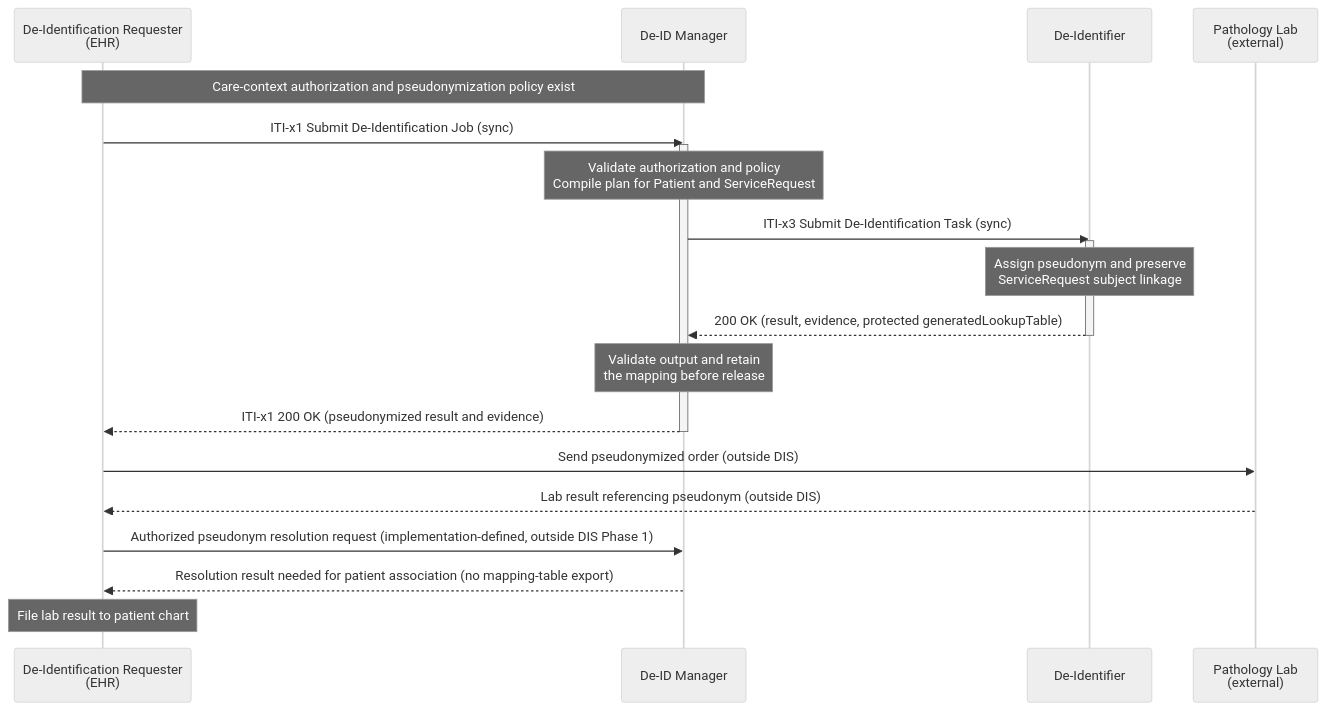
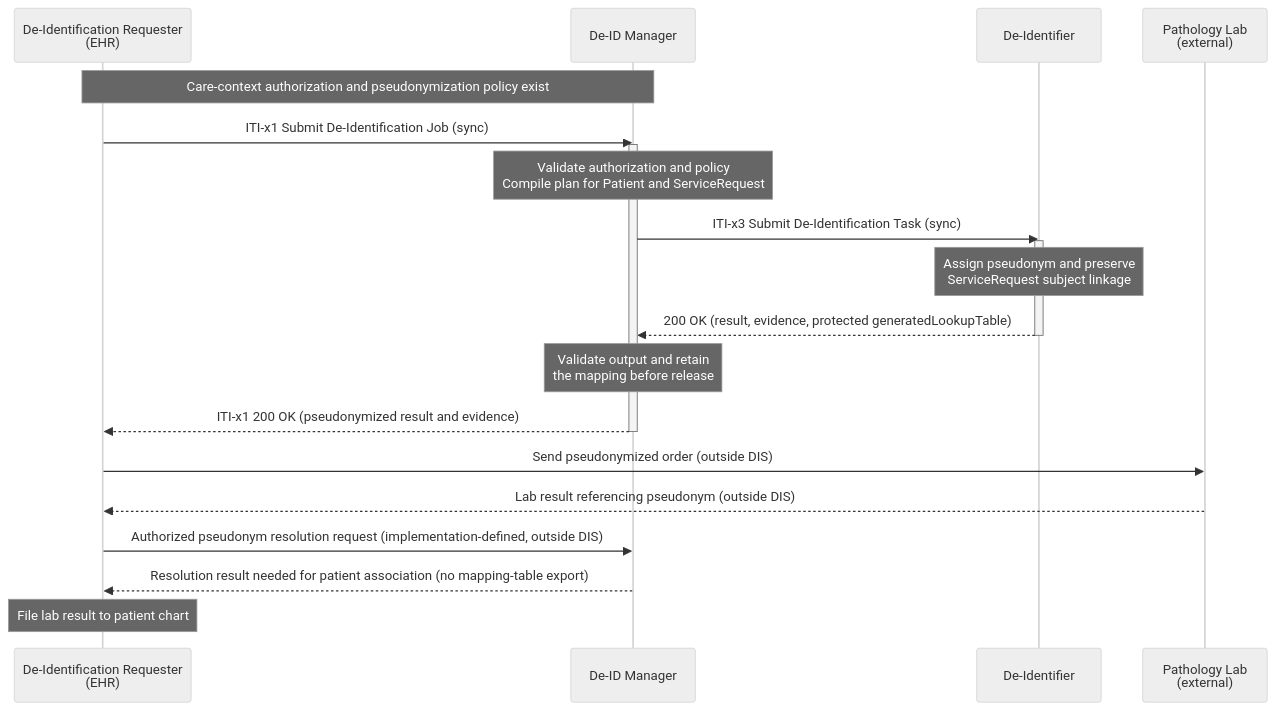
One commit to IHE/ITI.DIS changed the diagram in input/images-source/dis-uc3-clinical-pathology.mmd. Above: the diagram before and after it, drawn with Mermaid (neutral theme). The commit also changed 17 other files, not shown here.

```diff
--- a/input/images-source/dis-uc3-clinical-pathology.mmd
+++ b/input/images-source/dis-uc3-clinical-pathology.mmd
@@ -1,27 +1,27 @@
 sequenceDiagram
     participant EHR as De-Identification Requester<br/>(EHR)
     participant MGR as De-ID Manager
     participant DI as De-Identifier
     participant LAB as Pathology Lab<br/>(external)
 
     Note over EHR,MGR: Care-context authorization and pseudonymization policy exist
 
     EHR->>MGR: ITI-x1 Submit De-Identification Job (sync)
     activate MGR
     Note over MGR: Validate authorization and policy<br/>Compile plan for Patient and ServiceRequest
 
     MGR->>DI: ITI-x3 Submit De-Identification Task (sync)
     activate DI
     Note over DI: Assign pseudonym and preserve<br/>ServiceRequest subject linkage
     DI-->>MGR: 200 OK (result, evidence, protected generatedLookupTable)
     deactivate DI
 
     Note over MGR: Validate output and retain<br/>the mapping before release
     MGR-->>EHR: ITI-x1 200 OK (pseudonymized result and evidence)
     deactivate MGR
 
     EHR->>LAB: Send pseudonymized order (outside DIS)
     LAB-->>EHR: Lab result referencing pseudonym (outside DIS)
-    EHR->>MGR: Authorized pseudonym resolution request (implementation-defined, outside DIS Phase 1)
+    EHR->>MGR: Authorized pseudonym resolution request (implementation-defined, outside DIS)
     MGR-->>EHR: Resolution result needed for patient association (no mapping-table export)
     Note over EHR: File lab result to patient chart
```
